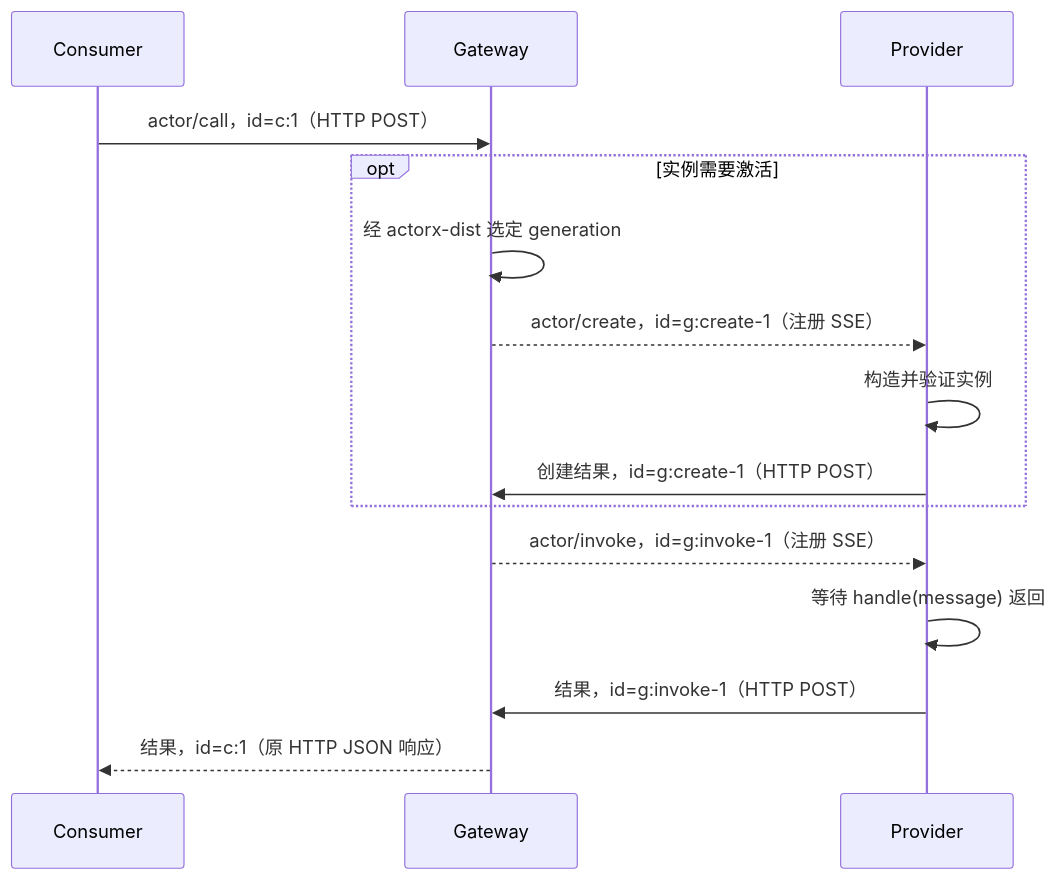
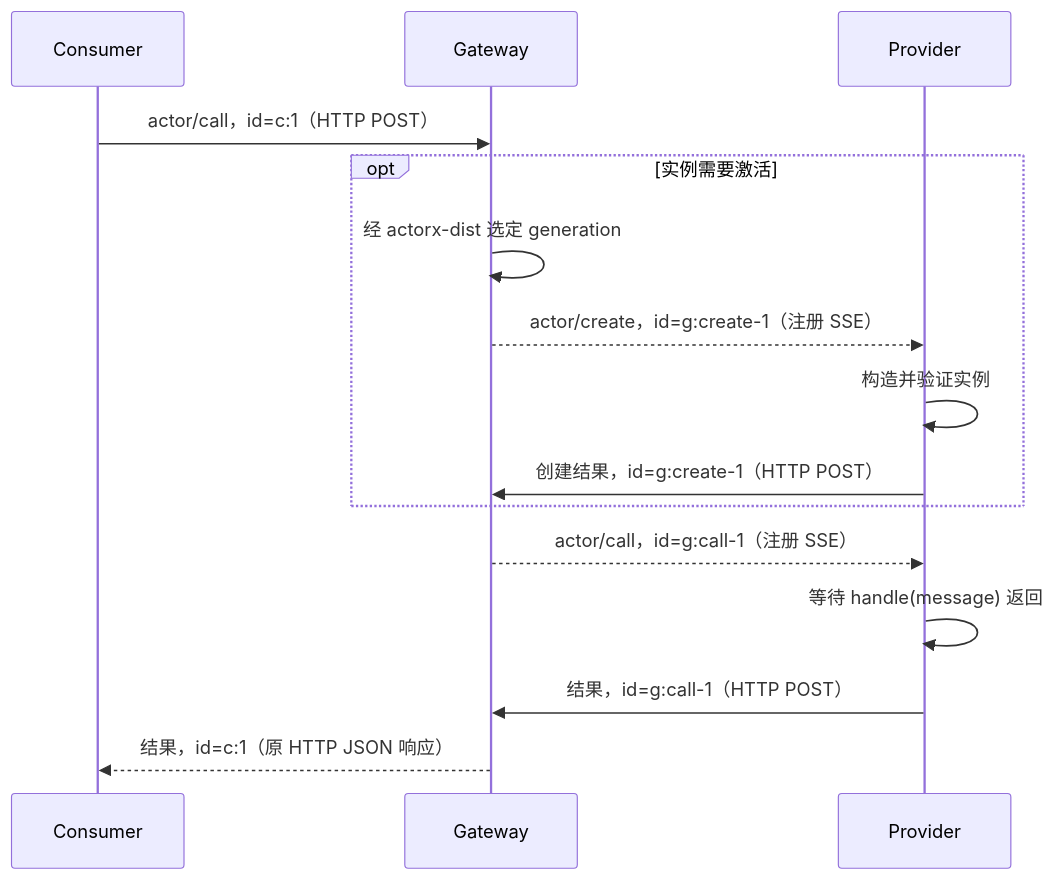
One commit to go-aie/actorx-dist changed the second of 4 diagrams in remote/docs/protocol.zh.md. Above: the diagram before and after it, drawn with Mermaid. The commit also changed other lines of this file and 30 other files, not shown here.

````diff
--- a/remote/docs/protocol.zh.md
+++ b/remote/docs/protocol.zh.md
@@ -187,17 +189,17 @@
 ```mermaid
 sequenceDiagram
     participant C as Consumer
     participant G as Gateway
     participant P as Provider
     C->>G: actor/call，id=c:1（HTTP POST）
     opt 实例需要激活
         G->>G: 经 actorx-dist 选定 generation
         G-->>P: actor/create，id=g:create-1（注册 SSE）
         P->>P: 构造并验证实例
         P->>G: 创建结果，id=g:create-1（HTTP POST）
     end
-    G-->>P: actor/invoke，id=g:invoke-1（注册 SSE）
+    G-->>P: actor/call，id=g:call-1（注册 SSE）
     P->>P: 等待 handle(message) 返回
-    P->>G: 结果，id=g:invoke-1（HTTP POST）
+    P->>G: 结果，id=g:call-1（HTTP POST）
     G-->>C: 结果，id=c:1（原 HTTP JSON 响应）
 ```
````
